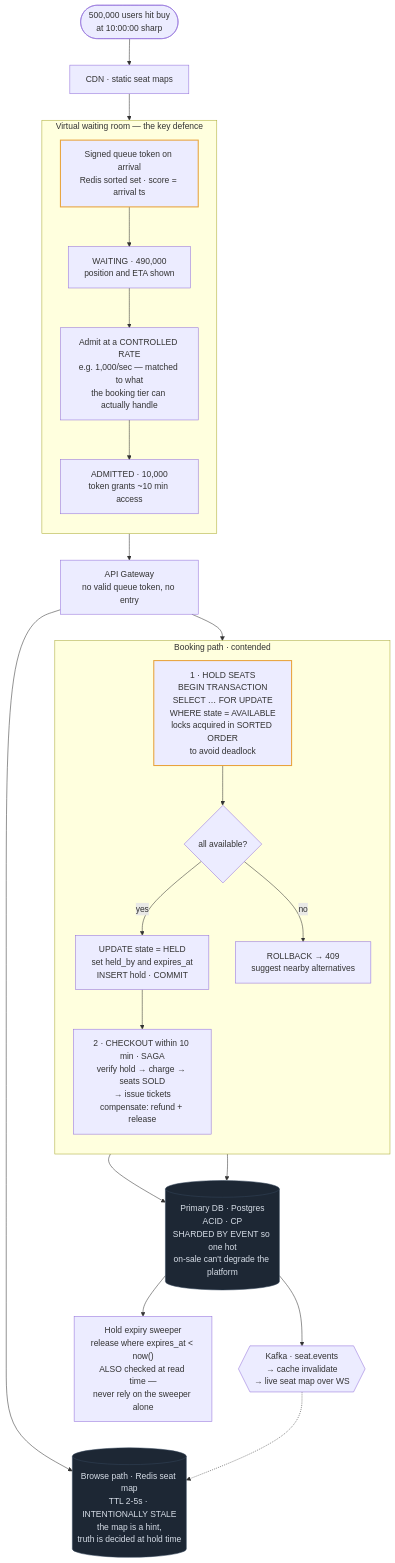
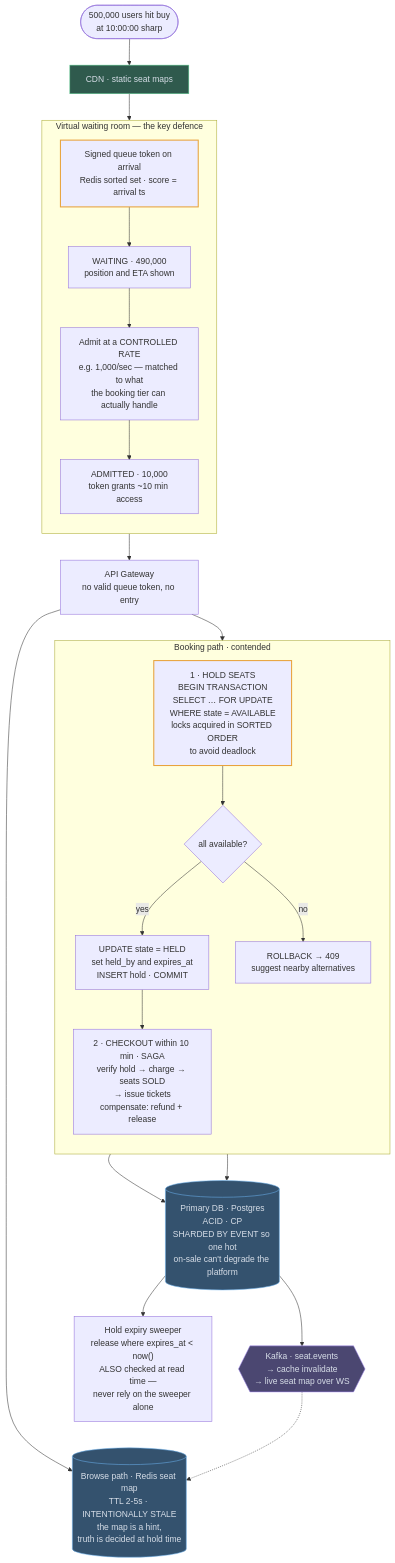
Before and after one commit to mertkahyaoglu/atlas: the diagram in content/designs/11-ticketmaster-booking.md, drawn with Mermaid. The commit also changed 16 other files, not shown here.

````diff
--- a/content/designs/11-ticketmaster-booking.md
+++ b/content/designs/11-ticketmaster-booking.md
@@ -126,52 +126,56 @@
 ```mermaid
 flowchart TB
     Rush([500,000 users hit buy<br/>at 10:00:00 sharp]) --> CDNEdge[CDN · static seat maps]
     CDNEdge --> Queue
 
     subgraph WR ["Virtual waiting room — the key defence"]
         direction TB
         Queue["Signed queue token on arrival<br/>Redis sorted set · score = arrival ts"]
         Waiting["WAITING · 490,000<br/>position and ETA shown"]
         Admit["Admit at a CONTROLLED RATE<br/>e.g. 1,000/sec — matched to what<br/>the booking tier can actually handle"]
         Admitted["ADMITTED · 10,000<br/>token grants ~10 min access"]
         Queue --> Waiting --> Admit --> Admitted
     end
 
     Admitted --> GW[API Gateway<br/>no valid queue token, no entry]
 
     GW --> Browse
 
     Browse[("Browse path · Redis seat map<br/>TTL 2-5s · INTENTIONALLY STALE<br/>the map is a hint,<br/>truth is decided at hold time")]
 
     subgraph BOOK ["Booking path · contended"]
         direction TB
         Hold["1 · HOLD SEATS<br/>BEGIN TRANSACTION<br/>SELECT … FOR UPDATE<br/>WHERE state = AVAILABLE<br/>locks acquired in SORTED ORDER<br/>to avoid deadlock"]
         Verdict{"all available?"}
         Ok["UPDATE state = HELD<br/>set held_by and expires_at<br/>INSERT hold · COMMIT"]
         Conflict["ROLLBACK → 409<br/>suggest nearby alternatives"]
         Checkout["2 · CHECKOUT within 10 min · SAGA<br/>verify hold → charge → seats SOLD<br/>→ issue tickets<br/>compensate: refund + release"]
         Hold --> Verdict
         Verdict -- "yes" --> Ok --> Checkout
         Verdict -- "no" --> Conflict
     end
 
     GW --> Hold
 
     Checkout --> DB
     Ok --> DB
     DB[("Primary DB · Postgres<br/>ACID · CP<br/>SHARDED BY EVENT so one hot<br/>on-sale can't degrade the platform")]
 
     DB --> Sweeper["Hold expiry sweeper<br/>release where expires_at < now()<br/>ALSO checked at read time —<br/>never rely on the sweeper alone"]
     DB --> SeatEvents{{"Kafka · seat.events<br/>→ cache invalidate<br/>→ live seat map over WS"}}
     SeatEvents -.-> Browse
 
-    classDef store fill:#1d2734,stroke:#35455a,color:#d7dee8
+    classDef store fill:#34526e,stroke:#6cb2ee,color:#d7dee8
+    classDef queue fill:#4b4771,stroke:#ad94f7,color:#d7dee8
+    classDef external fill:#2f5a4d,stroke:#5cc98f,color:#d7dee8
     classDef hot stroke:#e8a33d,stroke-width:2px
     class Browse,DB store
     class Queue,Hold hot
+    class SeatEvents queue
+    class CDNEdge external
 
     click Queue href "/docs/04-caching" "Role: a waiting room that admits users at the rate booking can handle.<br/>Trade-off: users wait, but the booking path survives the on-sale spike."
     click Browse href "/docs/04-caching" "Role: a fast, deliberately stale seat map for browsing.<br/>Trade-off: a seat shown as free may already be held, and the hold step decides."
     click DB href "/docs/02-data-storage" "Role: the single authority on seat state, sharded by event.<br/>Trade-off: strict consistency caps write throughput on each event's shard."
     click SeatEvents href "/docs/05-async-messaging-and-event-driven" "Role: seat changes invalidate caches and refresh live seat maps.<br/>Trade-off: maps lag slightly, so clients must handle hold conflicts."
 ```
````
